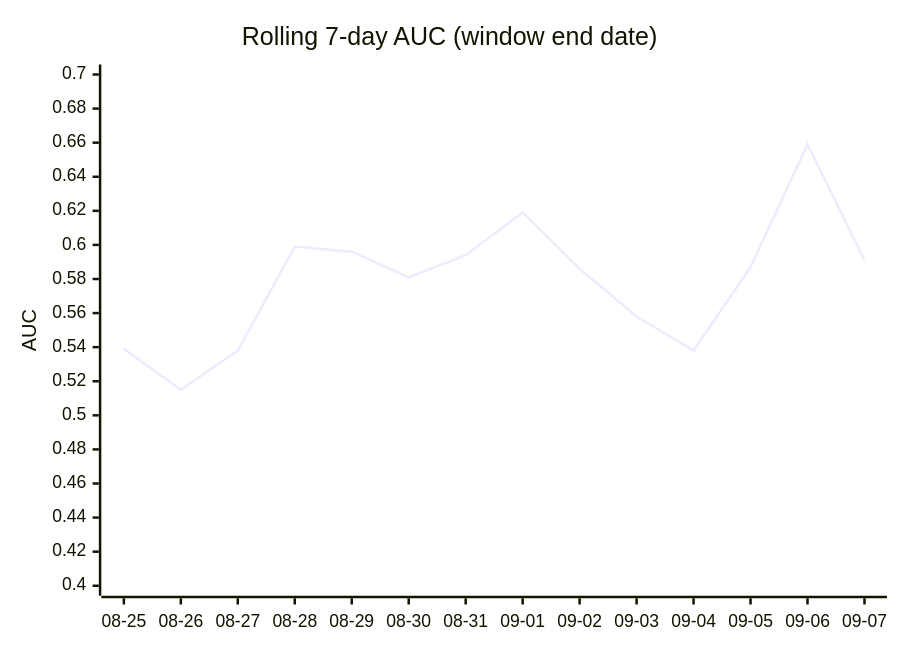
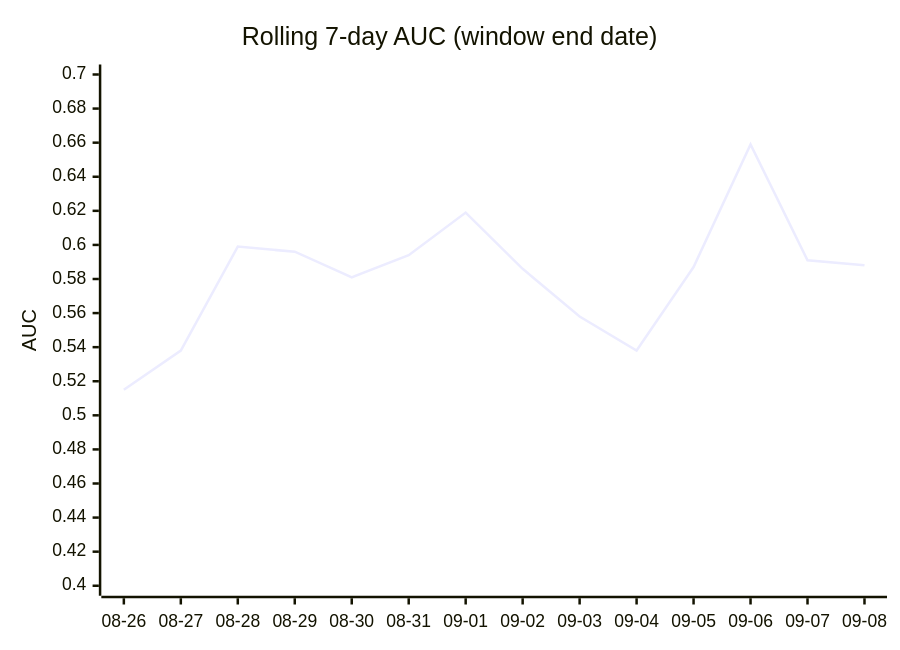
Before and after one commit to dpk1212/nhl-savant: the third of 4 diagrams in DAILY_AGSU_REPORT.md, drawn with Mermaid. The commit also changed other lines of this file, not shown here.

````diff
--- a/DAILY_AGSU_REPORT.md
+++ b/DAILY_AGSU_REPORT.md
@@ -854,7 +863,7 @@
 ```mermaid
 xychart-beta
     title "Rolling 7-day AUC (window end date)"
-    x-axis ["08-25", "08-26", "08-27", "08-28", "08-29", "08-30", "08-31", "09-01", "09-02", "09-03", "09-04", "09-05", "09-06", "09-07"]
+    x-axis ["08-26", "08-27", "08-28", "08-29", "08-30", "08-31", "09-01", "09-02", "09-03", "09-04", "09-05", "09-06", "09-07", "09-08"]
     y-axis "AUC" 0.4 --> 0.7
-    line [0.539, 0.515, 0.538, 0.599, 0.596, 0.581, 0.594, 0.619, 0.586, 0.558, 0.538, 0.587, 0.659, 0.591]
+    line [0.515, 0.538, 0.599, 0.596, 0.581, 0.594, 0.619, 0.586, 0.558, 0.538, 0.587, 0.659, 0.591, 0.588]
 ```
````
